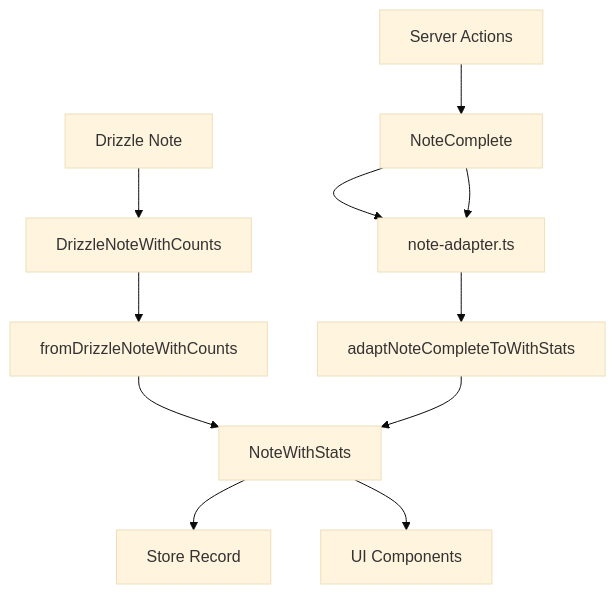
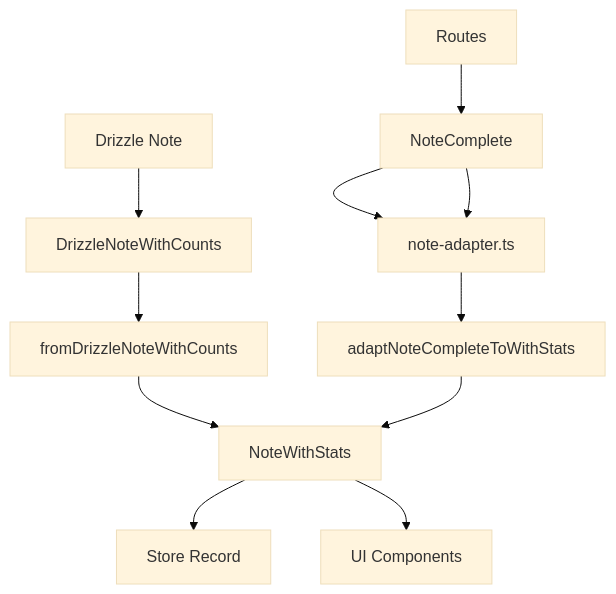
Before and after one commit to gvastethecreator/media-manager: the second of 2 diagrams in src/transformers/note/README.md, drawn with Mermaid (base theme). The commit also changed other lines of this file and 98 other files, not shown here.

Commit message:
docs: initialize comprehensive architectural documentation and component-level README files across the repository.

````diff
--- a/src/transformers/note/README.md
+++ b/src/transformers/note/README.md
@@ -338,16 +348,16 @@
 ```mermaid
 graph TD
     A[Drizzle Note] --> B[DrizzleNoteWithCounts]
     B --> C[fromDrizzleNoteWithCounts]
     C --> D[NoteWithStats]
 
     E[NoteComplete] --> F[note-adapter.ts]
     F --> G[adaptNoteCompleteToWithStats]
     G --> D
 
     D --> H[Store Record<string, NoteWithStats>]
     D --> I[UI Components]
 
-    J[Server Actions] --> E
+    J[Routes] --> E
     E --> F
 ```
````
